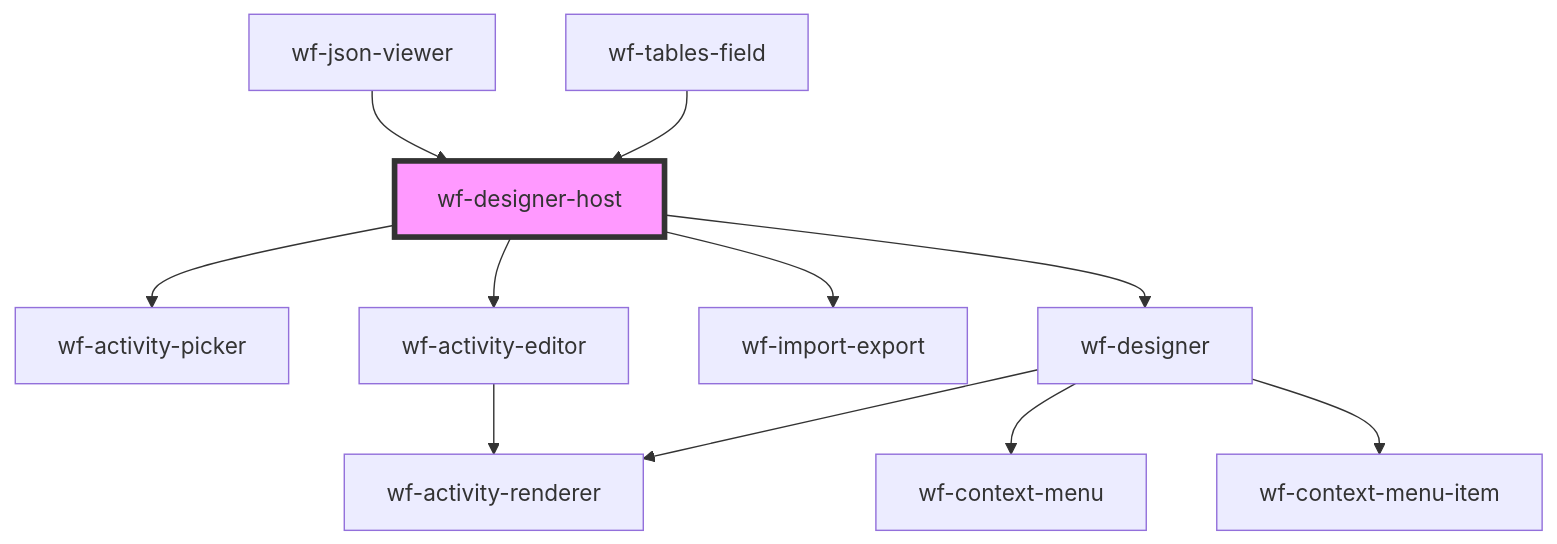
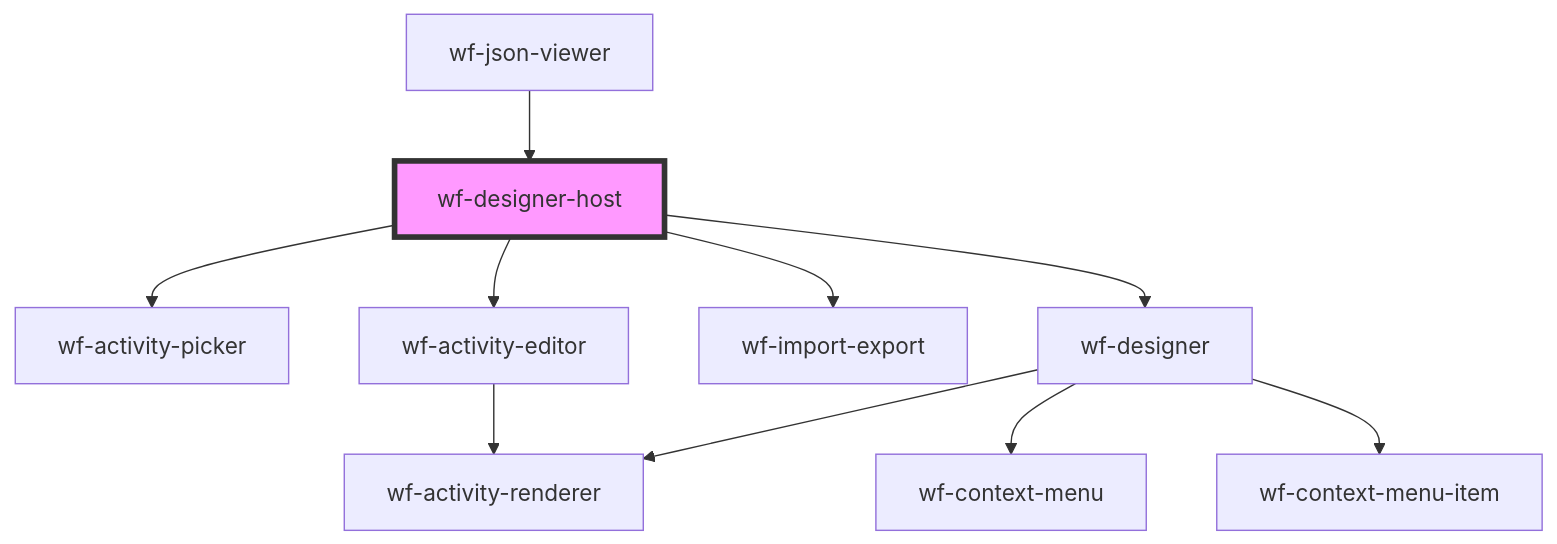
Before and after one commit to ka1peshc/JourneyDesign: the diagram in src/components/workflow-designer/designer-host/readme.md, drawn with Mermaid. The commit also changed other lines of this file and 20 other files, not shown here.

Commit message:
Add function to host-designer to get workflow information

````diff
--- a/src/components/workflow-designer/designer-host/readme.md
+++ b/src/components/workflow-designer/designer-host/readme.md
@@ -106,14 +105,13 @@
 ```mermaid
 graph TD;
   wf-designer-host --> wf-activity-picker
   wf-designer-host --> wf-activity-editor
   wf-designer-host --> wf-import-export
   wf-designer-host --> wf-designer
   wf-activity-editor --> wf-activity-renderer
   wf-designer --> wf-context-menu
   wf-designer --> wf-context-menu-item
   wf-designer --> wf-activity-renderer
   wf-json-viewer --> wf-designer-host
-  wf-tables-field --> wf-designer-host
   style wf-designer-host fill:#f9f,stroke:#333,stroke-width:4px
 ```
````
